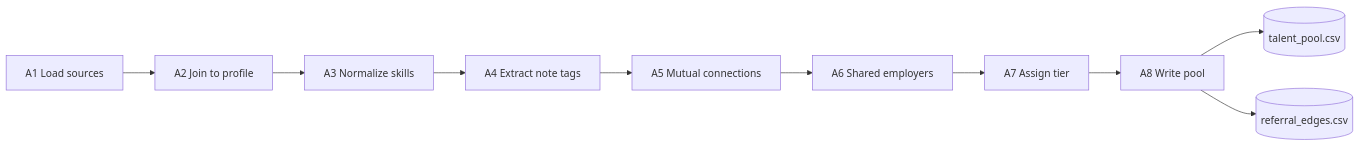
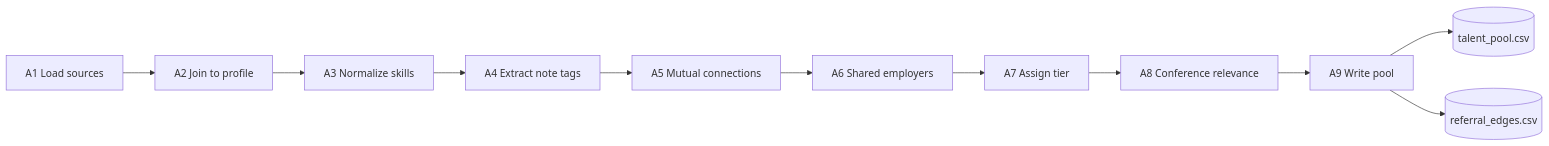
The second of 4 diagrams in docs/reference/SPEC.md (MayNimni/recruitment-task), drawn with Mermaid before and after one commit. The commit also changed other lines of this file and 13 other files, not shown here.

````diff
--- a/docs/reference/SPEC.md
+++ b/docs/reference/SPEC.md
@@ -119,12 +121,13 @@
 ```mermaid
 flowchart LR
   S1["A1 Load sources"] --> S2["A2 Join to profile"]
   S2 --> S3["A3 Normalize skills"]
   S3 --> S4["A4 Extract note tags"]
   S4 --> S5["A5 Mutual connections"]
   S5 --> S6["A6 Shared employers"]
   S6 --> S7["A7 Assign tier"]
-  S7 --> S8["A8 Write pool"]
-  S8 --> P1[("talent_pool.csv")]
-  S8 --> P2[("referral_edges.csv")]
+  S7 --> S8["A8 Conference relevance"]
+  S8 --> S9["A9 Write pool"]
+  S9 --> P1[("talent_pool.csv")]
+  S9 --> P2[("referral_edges.csv")]
 ```
````
